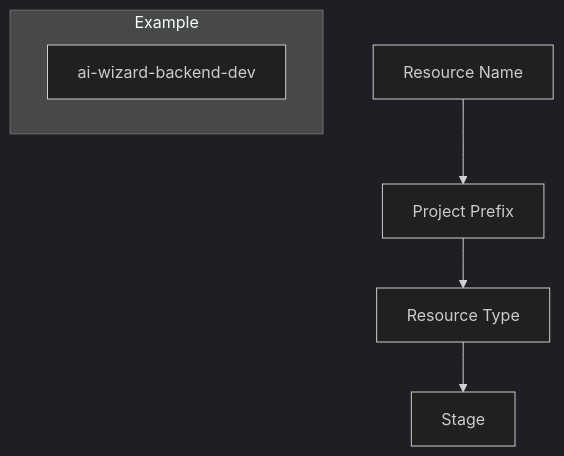
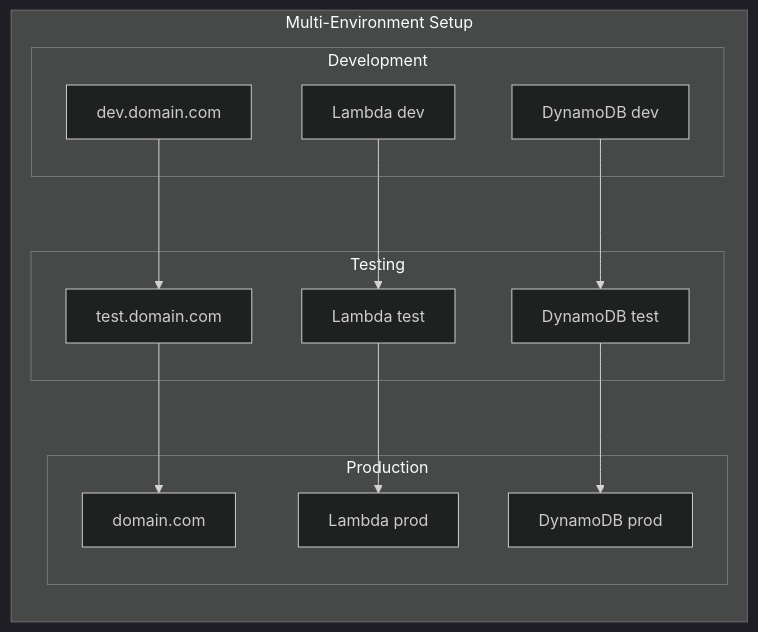
The fifth of 6 diagrams in docs/development/codebase_summary.md (djm81/ai-wizard), drawn with Mermaid (dark theme) before and after one commit. The commit also changed other lines of this file and 18 other files, not shown here.

````diff
--- a/docs/development/codebase_summary.md
+++ b/docs/development/codebase_summary.md
@@ -137,10 +142,31 @@
 ```mermaid
 graph TB
-    A[Resource Name] --> B[Project Prefix]
-    B --> C[Resource Type]
-    C --> D[Stage]
-
-    subgraph "Example"
-        E[ai-wizard-backend-dev]
+    subgraph "Multi-Environment Setup"
+        direction TB
+        
+        subgraph "Development"
+            D1[dev.domain.com]
+            D2[Lambda dev]
+            D3[DynamoDB dev]
+        end
+        
+        subgraph "Testing"
+            T1[test.domain.com]
+            T2[Lambda test]
+            T3[DynamoDB test]
+        end
+        
+        subgraph "Production"
+            P1[domain.com]
+            P2[Lambda prod]
+            P3[DynamoDB prod]
+        end
+        
+        D1 --> T1
+        T1 --> P1
+        D2 --> T2
+        T2 --> P2
+        D3 --> T3
+        T3 --> P3
     end
 ```
````
